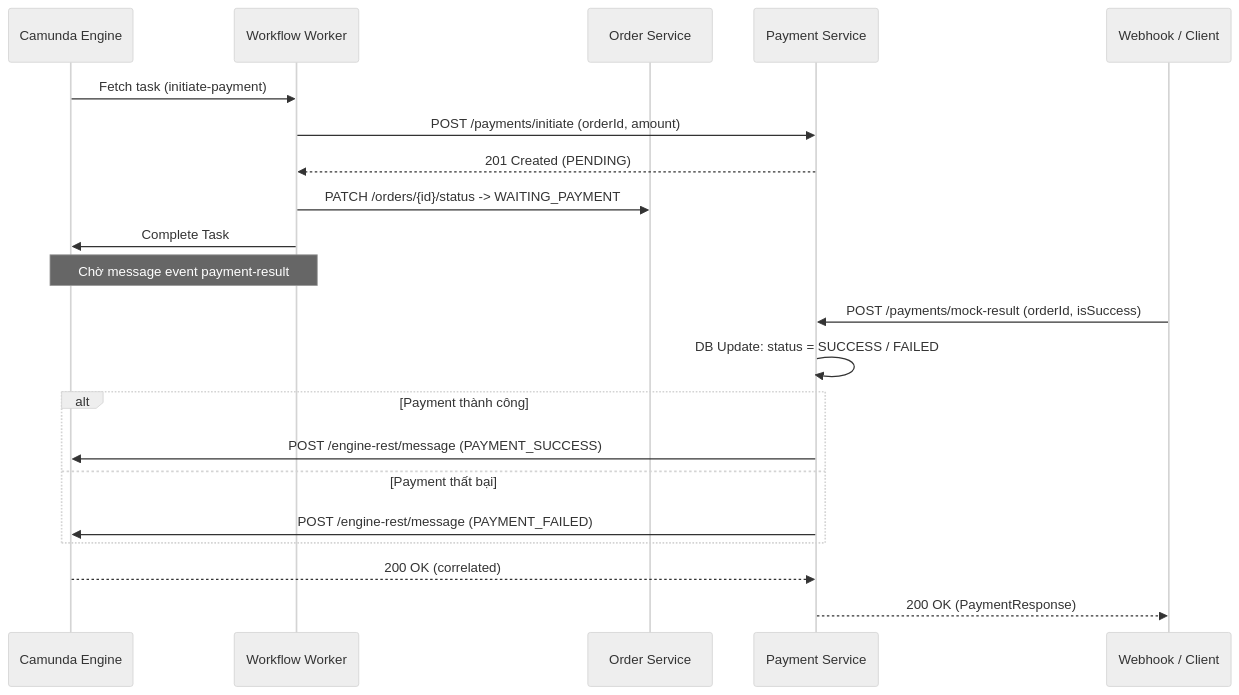
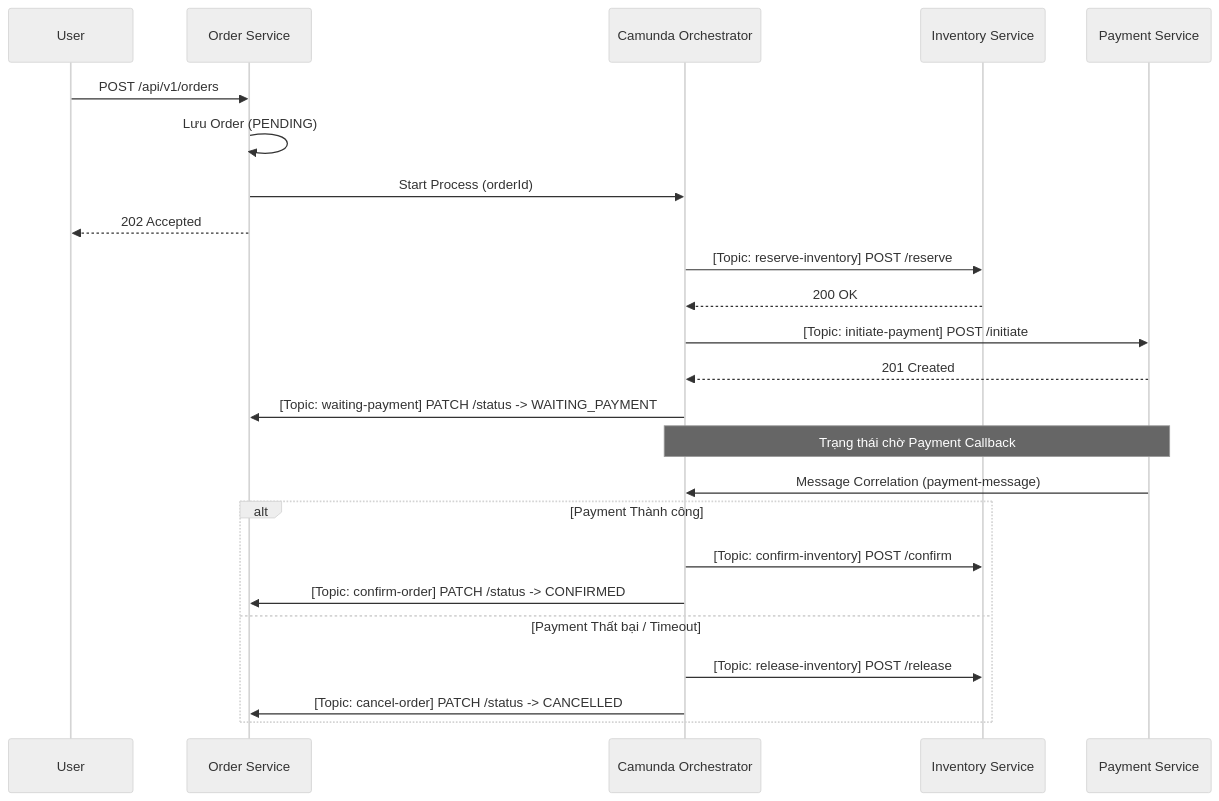
Before and after one commit to baosatboiz/asd: the seventh of 7 diagrams in analysis-and-design-ddd.md, drawn with Mermaid (neutral theme). The commit also changed other lines of this file, not shown here.

````diff
--- a/analysis-and-design-ddd.md
+++ b/analysis-and-design-ddd.md
@@ -341,26 +339,32 @@
 ```mermaid
 sequenceDiagram
-    participant C as Camunda Engine
-    participant W as Workflow Worker
+    participant U as User
     participant O as Order Service
+    participant C as Camunda Orchestrator
+    participant I as Inventory Service
     participant P as Payment Service
-    participant U as Webhook / Client
 
-    C->>W: Fetch task (initiate-payment)
-    W->>P: POST /payments/initiate (orderId, amount)
-    P-->>W: 201 Created (PENDING)
-    W->>O: PATCH /orders/{id}/status -> WAITING_PAYMENT
-    W->>C: Complete Task
-    Note over C,W: Chờ message event payment-result
+    U->>O: POST /api/v1/orders
+    O->>O: Lưu Order (PENDING)
+    O->>C: Start Process (orderId)
+    O-->>U: 202 Accepted
 
-    U->>P: POST /payments/mock-result (orderId, isSuccess)
-    P->>P: DB Update: status = SUCCESS / FAILED
+    C->>I: [Topic: reserve-inventory] POST /reserve
+    I-->>C: 200 OK
 
-    alt Payment thành công
-        P->>C: POST /engine-rest/message (PAYMENT_SUCCESS)
-    else Payment thất bại
-        P->>C: POST /engine-rest/message (PAYMENT_FAILED)
+    C->>P: [Topic: initiate-payment] POST /initiate
+    P-->>C: 201 Created
+
+    C->>O: [Topic: waiting-payment] PATCH /status -> WAITING_PAYMENT
+
+    Note over P,C: Trạng thái chờ Payment Callback
+    P->>C: Message Correlation (payment-message)
+
+    alt Payment Thành công
+        C->>I: [Topic: confirm-inventory] POST /confirm
+        C->>O: [Topic: confirm-order] PATCH /status -> CONFIRMED
+    else Payment Thất bại / Timeout
+        C->>I: [Topic: release-inventory] POST /release
+        C->>O: [Topic: cancel-order] PATCH /status -> CANCELLED
     end
-    C-->>P: 200 OK (correlated)
-    P-->>U: 200 OK (PaymentResponse)
 ```
````
